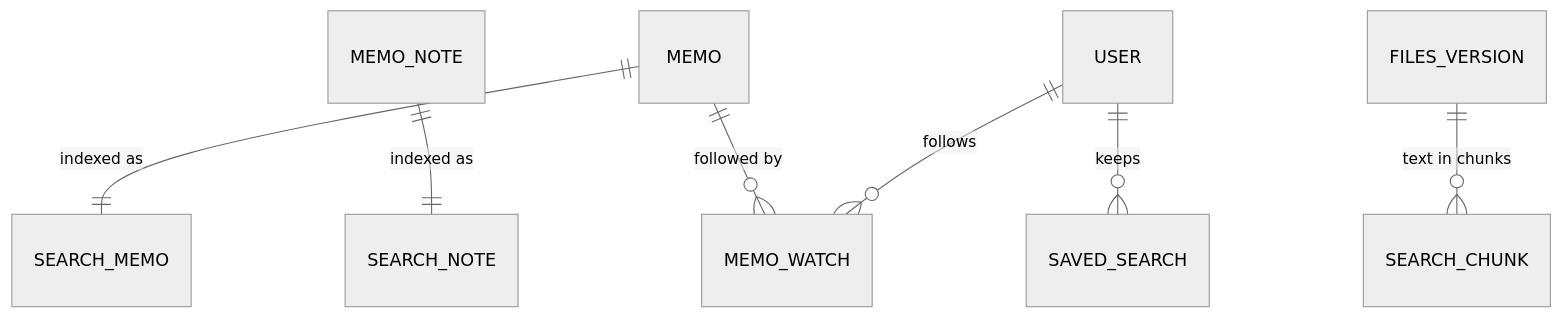
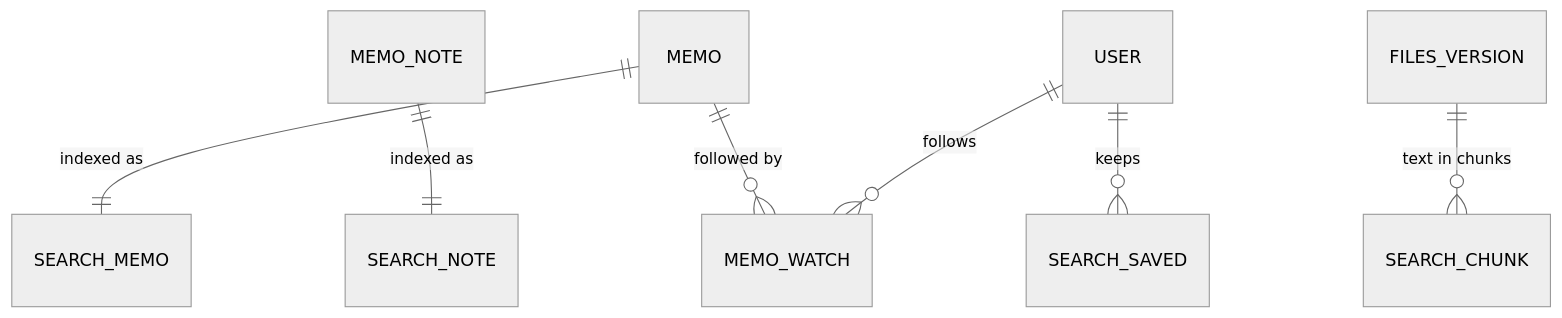
One commit to nazihar/memo-revamp changed the diagram in docs/plan/phase-3-memo-efile/epic-05-inbox-search-dashboards/design.md. Above: the diagram before and after it, drawn with Mermaid (neutral theme). The commit also changed other lines of this file and 31 other files, not shown here.

First line of the commit message:
feat(search): the search API and saved searches (Phase 3 E05 T3)

````diff
--- a/docs/plan/phase-3-memo-efile/epic-05-inbox-search-dashboards/design.md
+++ b/docs/plan/phase-3-memo-efile/epic-05-inbox-search-dashboards/design.md
@@ -19,9 +19,9 @@
 ```mermaid
 erDiagram
   MEMO ||--|| SEARCH_MEMO : "indexed as"
   MEMO_NOTE ||--|| SEARCH_NOTE : "indexed as"
   FILES_VERSION ||--o{ SEARCH_CHUNK : "text in chunks"
-  USER ||--o{ SAVED_SEARCH : keeps
+  USER ||--o{ SEARCH_SAVED : keeps
   USER ||--o{ MEMO_WATCH : follows
   MEMO ||--o{ MEMO_WATCH : "followed by"
 ```
````
